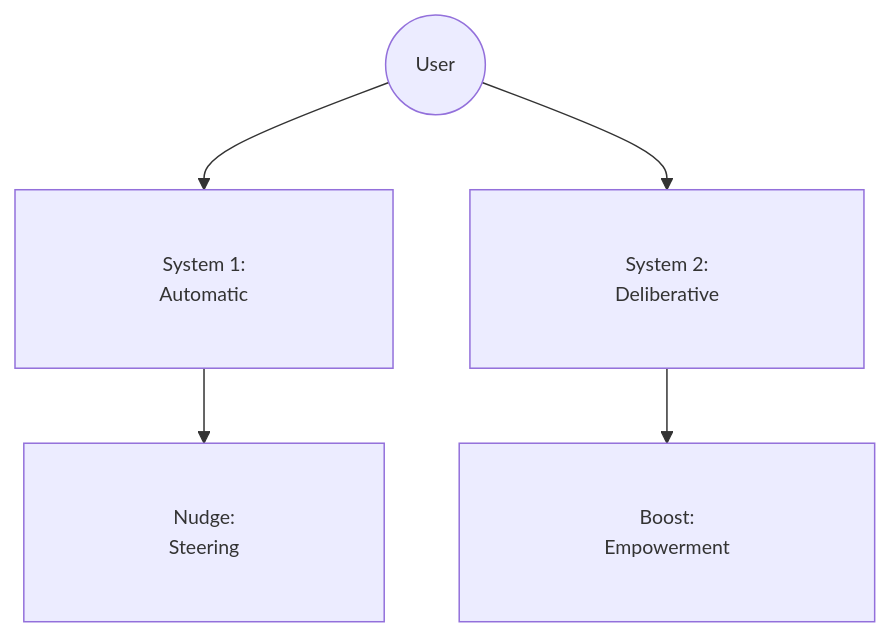
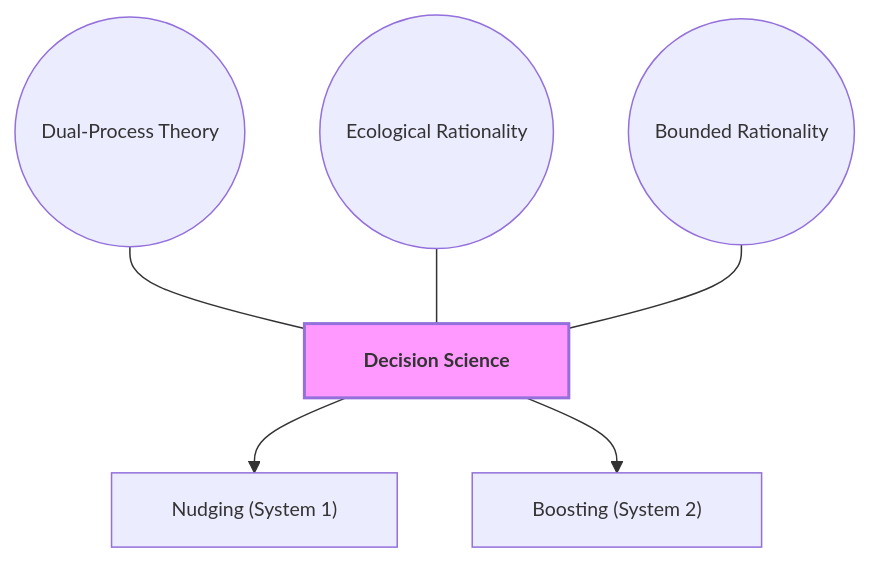
The fourth of 7 diagrams in Communication_Influence/Mastery_Guide_SOW_BS033.md (GM024/CourseSummaries), drawn with Mermaid before and after one commit. The commit also changed other lines of this file, not shown here.

Commit message:
Encyclopedia Edition: 300w abstracts, 500w How-to-remember, red-bold verbatim keywords, and APA Figures with detailed notes

````diff
--- a/Communication_Influence/Mastery_Guide_SOW_BS033.md
+++ b/Communication_Influence/Mastery_Guide_SOW_BS033.md
@@ -140,8 +186,14 @@
 ```mermaid
-%%{init: {'flowchart': {'padding': 40}, 'themeVariables': { 'fontSize': '13px' }}}%%
+%%{init: { 'flowchart': { 'padding': 15, 'nodeSpacing': 50, 'rankSpacing': 50, 'curve': 'basis' }, 'themeVariables': { 'fontSize': '13px' }}}%%
 graph TD
-    User((User)) --> S1["&nbsp;&nbsp;&nbsp;&nbsp; System 1: &nbsp;&nbsp;&nbsp;&nbsp;<br/>&nbsp;&nbsp;&nbsp;&nbsp; Automatic &nbsp;&nbsp;&nbsp;&nbsp;"]
-    User --> S2["&nbsp;&nbsp;&nbsp;&nbsp; System 2: &nbsp;&nbsp;&nbsp;&nbsp;<br/>&nbsp;&nbsp;&nbsp;&nbsp; Deliberative &nbsp;&nbsp;&nbsp;&nbsp;"]
-    S1 --> Nudge["&nbsp;&nbsp;&nbsp;&nbsp; Nudge: &nbsp;&nbsp;&nbsp;&nbsp;<br/>&nbsp;&nbsp;&nbsp;&nbsp; Steering &nbsp;&nbsp;&nbsp;&nbsp;"]
-    S2 --> Boost["&nbsp;&nbsp;&nbsp;&nbsp; Boost: &nbsp;&nbsp;&nbsp;&nbsp;<br/>&nbsp;&nbsp;&nbsp;&nbsp; Empowerment &nbsp;&nbsp;&nbsp;&nbsp;"]
+    Hub["&nbsp;&nbsp; Decision Science &nbsp;&nbsp;"]:::hubNode
+    
+    S1(("&nbsp;&nbsp; Dual-Process Theory &nbsp;&nbsp;")) --- Hub
+    S2(("&nbsp;&nbsp; Ecological Rationality &nbsp;&nbsp;")) --- Hub
+    S3(("&nbsp;&nbsp; Bounded Rationality &nbsp;&nbsp;")) --- Hub
+    
+    Hub --> B1["&nbsp;&nbsp; Nudging (System 1) &nbsp;&nbsp;"]
+    Hub --> B2["&nbsp;&nbsp; Boosting (System 2) &nbsp;&nbsp;"]
+    
+    classDef hubNode font-weight:bold,stroke-width:2px,fill:#f9f;
 ```
````
